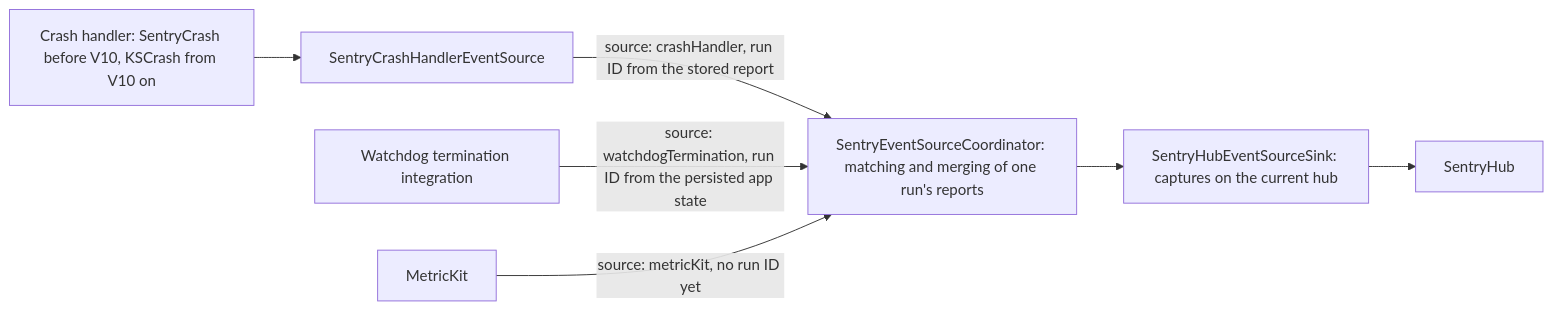
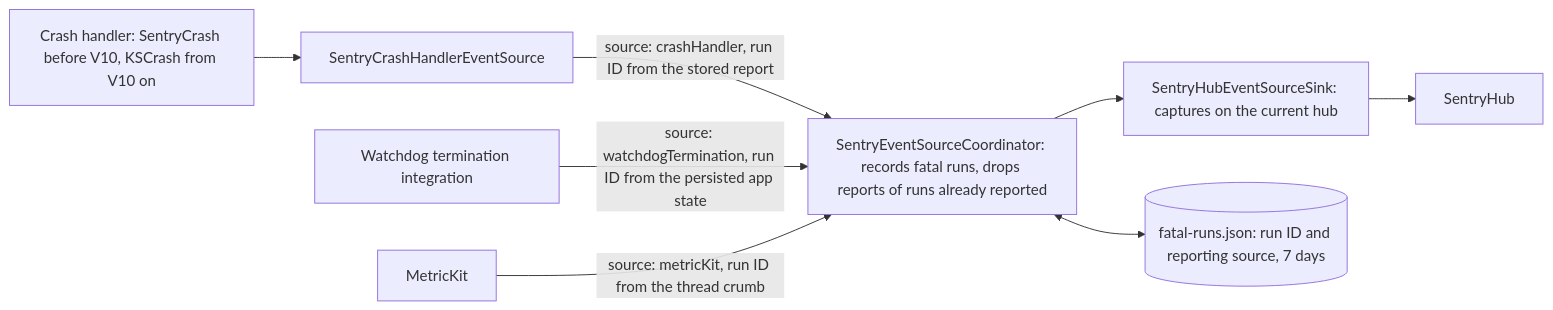
One commit to getsentry/sentry-cocoa changed the second of 2 diagrams in develop-docs/ARCHITECTURE.md. Above: the diagram before and after it, drawn with Mermaid. The commit also changed other lines of this file and 15 other files, not shown here.

First line of the commit message:
feat: Drop MetricKit crashes the handler reported

````diff
--- a/develop-docs/ARCHITECTURE.md
+++ b/develop-docs/ARCHITECTURE.md
@@ -71,9 +71,10 @@
 ```mermaid
 flowchart LR
     Crash["Crash handler: SentryCrash before V10, KSCrash from V10 on"] --> CrashSource["SentryCrashHandlerEventSource"]
     CrashSource -- "source: crashHandler, run ID from the stored report" --> Coordinator
     Watchdog["Watchdog termination integration"] -- "source: watchdogTermination, run ID from the persisted app state" --> Coordinator
-    MetricKit["MetricKit"] -- "source: metricKit, no run ID yet" --> Coordinator
-    Coordinator["SentryEventSourceCoordinator: matching and merging of one run's reports"] --> HubSink["SentryHubEventSourceSink: captures on the current hub"]
+    MetricKit["MetricKit"] -- "source: metricKit, run ID from the thread crumb" --> Coordinator
+    Coordinator["SentryEventSourceCoordinator: records fatal runs, drops reports of runs already reported"] --> HubSink["SentryHubEventSourceSink: captures on the current hub"]
+    Coordinator <--> FatalRuns[("fatal-runs.json: run ID and reporting source, 7 days")]
     HubSink --> Hub["SentryHub"]
 ```
````
